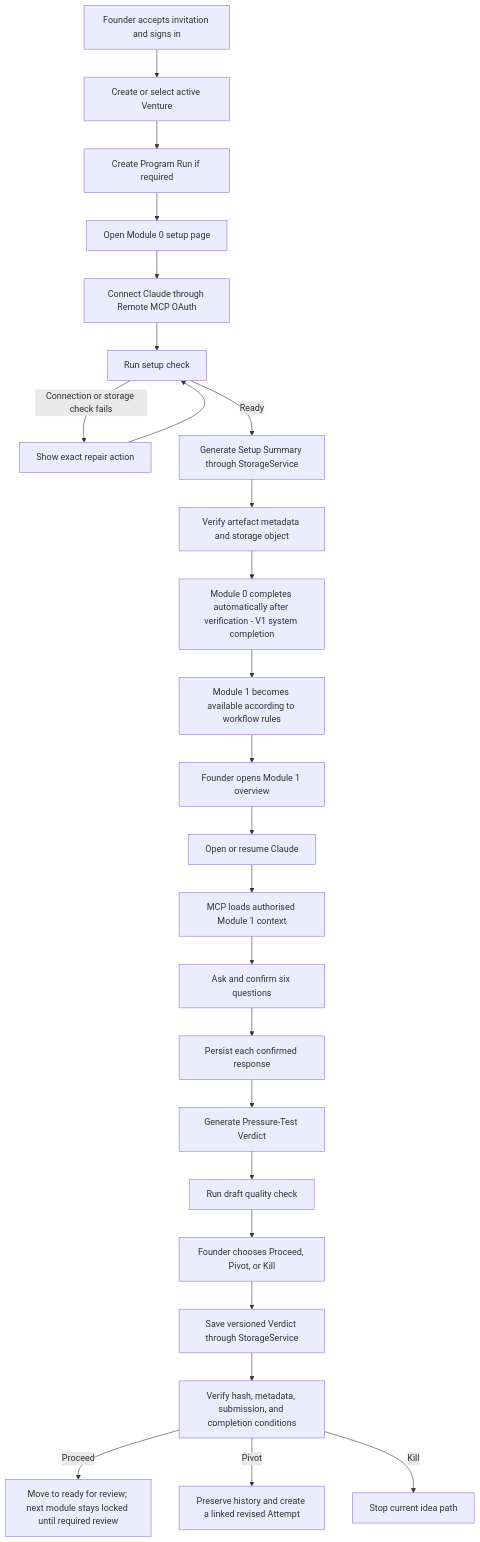
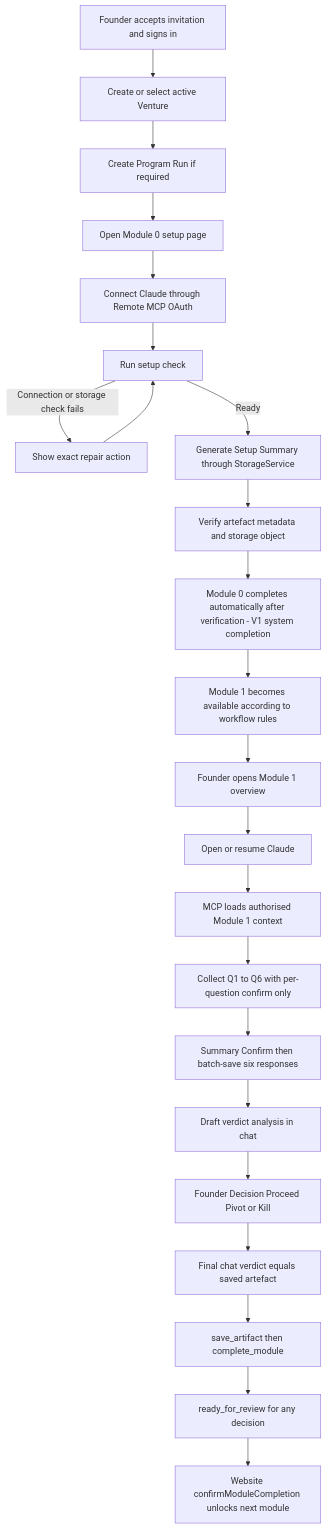
Before and after one commit to kasuganoharuga/ai-catalyst-workspace: the first of 3 diagrams in docs/product/module-0-and-module-1-workflow.md, drawn with Mermaid. The commit also changed other lines of this file and 23 other files, not shown here.

````diff
--- a/docs/product/module-0-and-module-1-workflow.md
+++ b/docs/product/module-0-and-module-1-workflow.md
@@ -126,27 +133,25 @@
 ```mermaid
 flowchart TD
     A[Founder accepts invitation and signs in] --> B[Create or select active Venture]
     B --> C[Create Program Run if required]
     C --> D[Open Module 0 setup page]
     D --> E[Connect Claude through Remote MCP OAuth]
     E --> F[Run setup check]
     F -->|Connection or storage check fails| G[Show exact repair action]
     G --> F
     F -->|Ready| H[Generate Setup Summary through StorageService]
     H --> I[Verify artefact metadata and storage object]
     I --> J[Module 0 completes automatically after verification - V1 system completion]
     J --> K[Module 1 becomes available according to workflow rules]
     K --> L[Founder opens Module 1 overview]
     L --> M[Open or resume Claude]
     M --> N[MCP loads authorised Module 1 context]
-    N --> O[Ask and confirm six questions]
-    O --> P[Persist each confirmed response]
-    P --> Q[Generate Pressure-Test Verdict]
-    Q --> R[Run draft quality check]
-    R --> S[Founder chooses Proceed, Pivot, or Kill]
-    S --> T[Save versioned Verdict through StorageService]
-    T --> U[Verify hash, metadata, submission, and completion conditions]
-    U -->|Proceed| V[Move to ready for review; next module stays locked until required review]
-    U -->|Pivot| W[Preserve history and create a linked revised Attempt]
-    U -->|Kill| X[Stop current idea path]
+    N --> O[Collect Q1 to Q6 with per-question confirm only]
+    O --> P[Summary Confirm then batch-save six responses]
+    P --> Q[Draft verdict analysis in chat]
+    Q --> R[Founder Decision Proceed Pivot or Kill]
+    R --> S[Final chat verdict equals saved artefact]
+    S --> T[save_artifact then complete_module]
+    T --> U[ready_for_review for any decision]
+    U --> V[Website confirmModuleCompletion unlocks next module]
 ```
````
